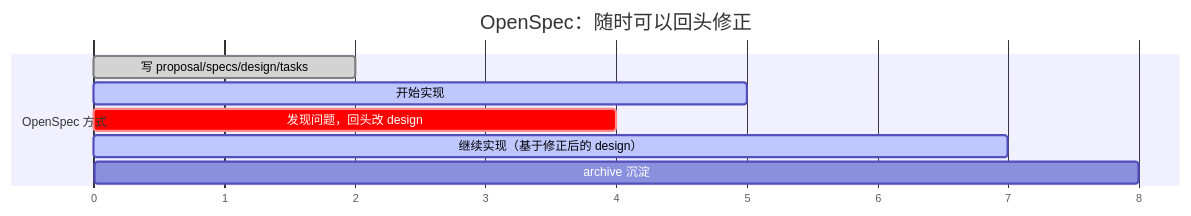
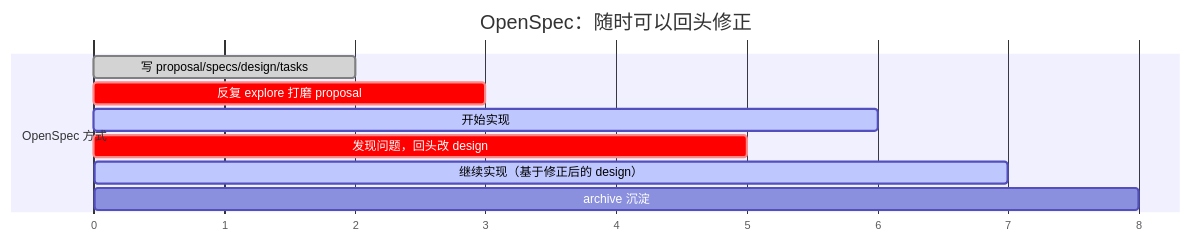
The third of 3 diagrams in _openspec_handbook/03-高级-openspec-的软件开发生命周期思想.md (ethan-jiang-3/OpenSpec), drawn with Mermaid before and after one commit. The commit also changed other lines of this file and 8 other files, not shown here.

````diff
--- a/_openspec_handbook/03-高级-openspec-的软件开发生命周期思想.md
+++ b/_openspec_handbook/03-高级-openspec-的软件开发生命周期思想.md
@@ -299,12 +310,13 @@
 ```mermaid
 gantt
     title OpenSpec：随时可以回头修正
     dateFormat  X
     axisFormat %s
     section OpenSpec 方式
     写 proposal/specs/design/tasks :done, 0, 2
-    开始实现                        :active, 2, 5
-    发现问题，回头改 design          :crit, 3, 4
-    继续实现（基于修正后的 design）  :active, 4, 7
+    反复 explore 打磨 proposal      :crit, 2, 3
+    开始实现                        :active, 3, 6
+    发现问题，回头改 design          :crit, 4, 5
+    继续实现（基于修正后的 design）  :active, 5, 7
     archive 沉淀                    :7, 8
 ```
````
